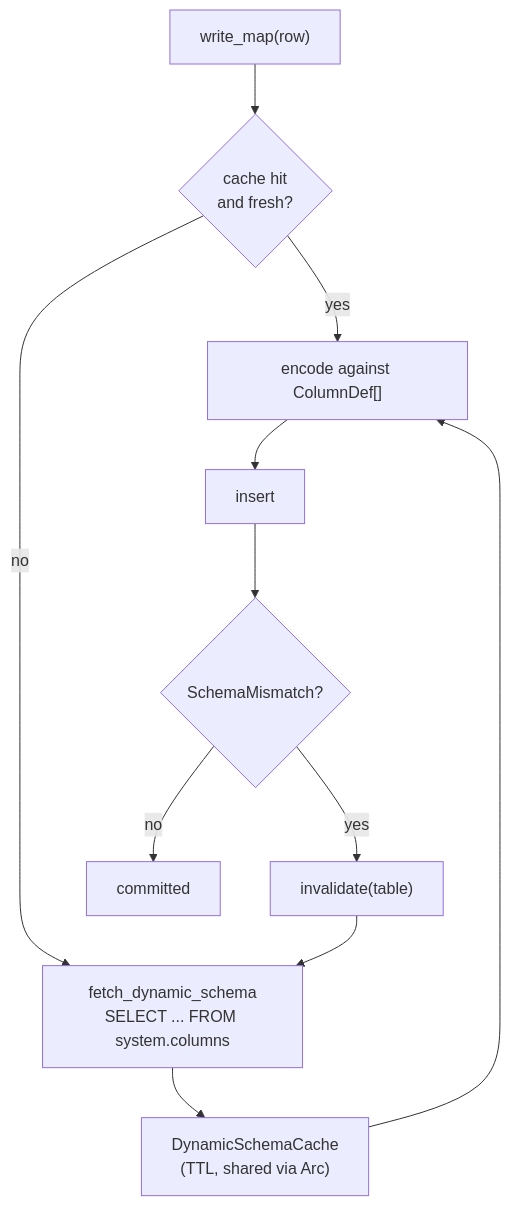
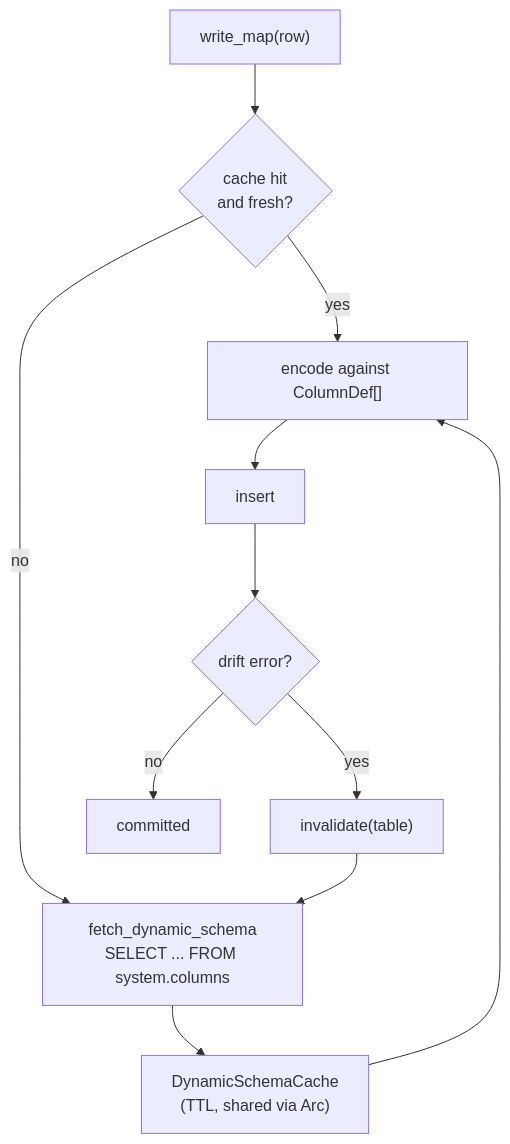
One commit to hyperi-io/dfe-loader changed the diagram in docs/clickhouse/SCHEMA-CACHE.md. Above: the diagram before and after it, drawn with Mermaid. The commit also changed other lines of this file and 15 other files, not shown here.

First line of the commit message:
fix: remove dead breaker, evict dropped schemas (#210)

````diff
--- a/docs/clickhouse/SCHEMA-CACHE.md
+++ b/docs/clickhouse/SCHEMA-CACHE.md
@@ -17,18 +17,18 @@
 ```mermaid
 flowchart TB
     W["write_map(row)"]
     G{"cache hit<br/>and fresh?"}
     F["fetch_dynamic_schema<br/>SELECT ... FROM system.columns"]
     C["DynamicSchemaCache<br/>(TTL, shared via Arc)"]
     ENC["encode against ColumnDef[]"]
     INS["insert"]
-    MM{"SchemaMismatch?"}
+    MM{"drift error?"}
     INV["invalidate(table)"]
 
     W --> G
     G -->|yes| ENC
     G -->|no| F --> C --> ENC
     ENC --> INS --> MM
     MM -->|yes| INV --> F
     MM -->|no| OK["committed"]
 ```
````
